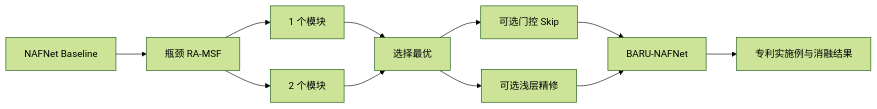
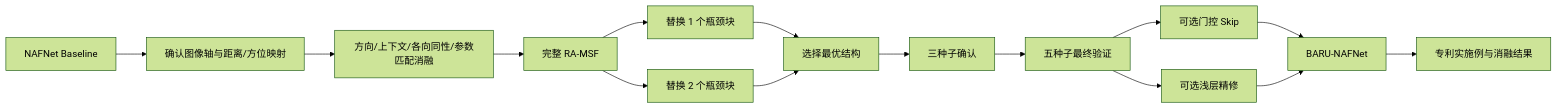
Before and after one commit to deathend110/BARU_Unet: the eighth of 8 diagrams in NAFNet模型改进建议.md, drawn with Mermaid (forest theme). The commit also changed other lines of this file, not shown here.

````diff
--- a/NAFNet模型改进建议.md
+++ b/NAFNet模型改进建议.md
@@ -668,13 +883,17 @@
 ```mermaid
 flowchart LR
-    BASE[NAFNet Baseline] --> MAIN[瓶颈 RA-MSF]
-    MAIN --> TEST1[1 个模块]
-    MAIN --> TEST2[2 个模块]
-    TEST1 --> BEST[选择最优]
-    TEST2 --> BEST
-    BEST --> SKIP[可选门控 Skip]
-    BEST --> REFINE[可选浅层精修]
+    BASE[NAFNet Baseline] --> AXIS[确认图像轴与距离/方位映射]
+    AXIS --> ABL[方向/上下文/各向同性/参数匹配消融]
+    ABL --> MAIN[完整 RA-MSF]
+    MAIN --> N1[替换 1 个瓶颈块]
+    MAIN --> N2[替换 2 个瓶颈块]
+    N1 --> BEST[选择最优结构]
+    N2 --> BEST
+    BEST --> S3[三种子确认]
+    S3 --> S5[五种子最终验证]
+    S5 --> SKIP[可选门控 Skip]
+    S5 --> REFINE[可选浅层精修]
     SKIP --> FINAL[BARU-NAFNet]
     REFINE --> FINAL
     FINAL --> PATENT[专利实施例与消融结果]
 ```
````
